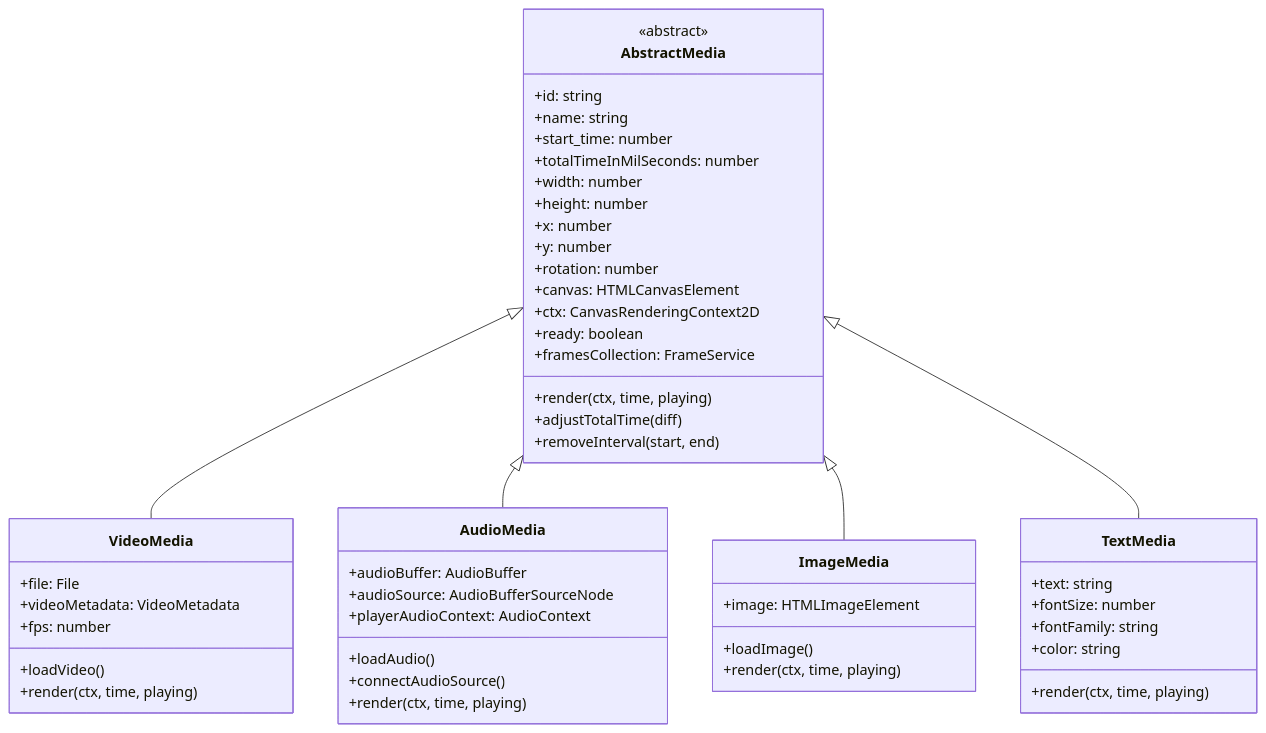
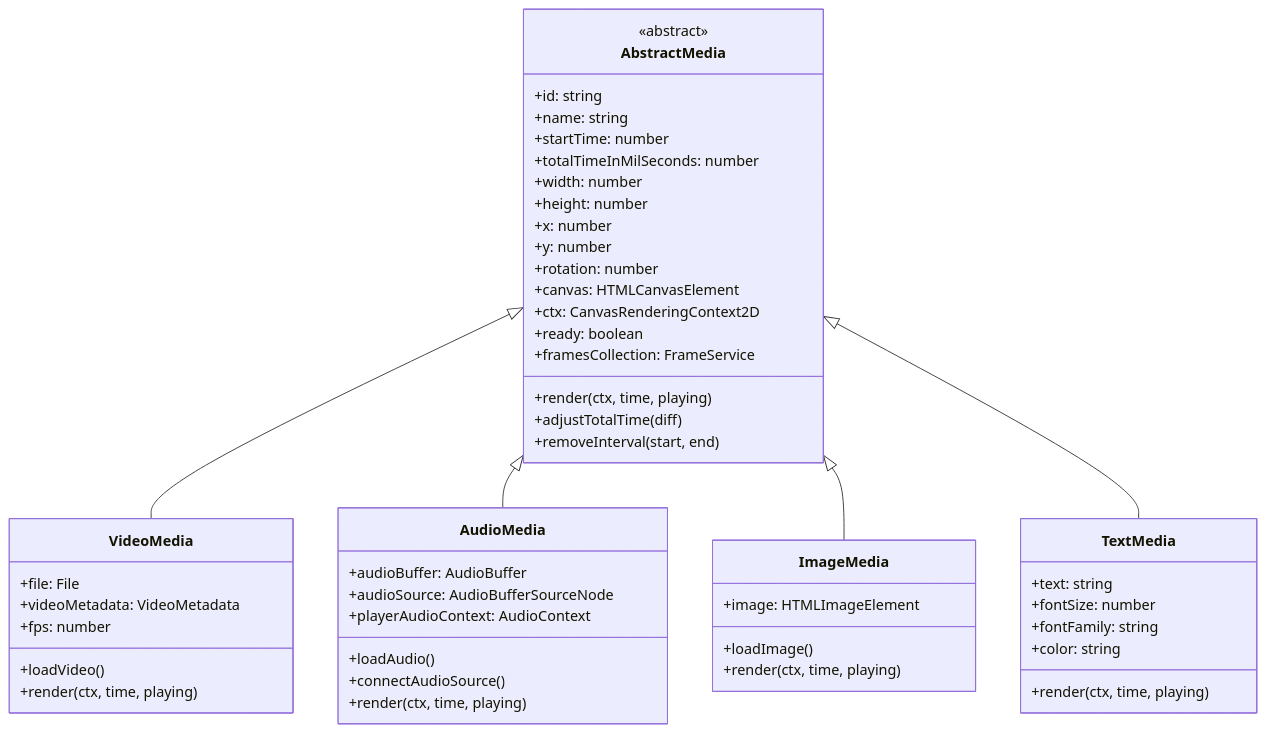
One commit to apssouza22/web-video-edit changed the second of 15 diagrams in docs/architecture/05-timeline-layers.md. Above: the diagram before and after it, drawn with Mermaid. The commit also changed other lines of this file and 29 other files, not shown here.

Commit message:
rename start_time to startTime

````diff
--- a/docs/architecture/05-timeline-layers.md
+++ b/docs/architecture/05-timeline-layers.md
@@ -103,58 +103,58 @@
 ```mermaid
 classDiagram
     class AbstractMedia {
         <<abstract>>
         +id: string
         +name: string
-        +start_time: number
+        +startTime: number
         +totalTimeInMilSeconds: number
         +width: number
         +height: number
         +x: number
         +y: number
         +rotation: number
         +canvas: HTMLCanvasElement
         +ctx: CanvasRenderingContext2D
         +ready: boolean
         +framesCollection: FrameService
         +render(ctx, time, playing)
         +adjustTotalTime(diff)
         +removeInterval(start, end)
     }
     
     class VideoMedia {
         +file: File
         +videoMetadata: VideoMetadata
         +fps: number
         +loadVideo()
         +render(ctx, time, playing)
     }
     
     class AudioMedia {
         +audioBuffer: AudioBuffer
         +audioSource: AudioBufferSourceNode
         +playerAudioContext: AudioContext
         +loadAudio()
         +connectAudioSource()
         +render(ctx, time, playing)
     }
     
     class ImageMedia {
         +image: HTMLImageElement
         +loadImage()
         +render(ctx, time, playing)
     }
     
     class TextMedia {
         +text: string
         +fontSize: number
         +fontFamily: string
         +color: string
         +render(ctx, time, playing)
     }
     
     AbstractMedia <|-- VideoMedia
     AbstractMedia <|-- AudioMedia
     AbstractMedia <|-- ImageMedia
     AbstractMedia <|-- TextMedia
 ```
````
